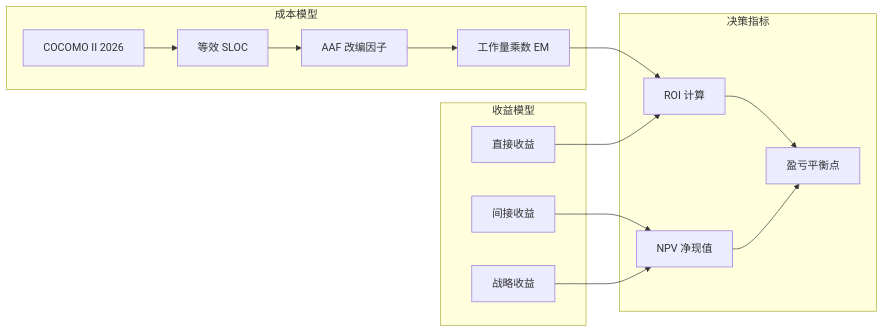
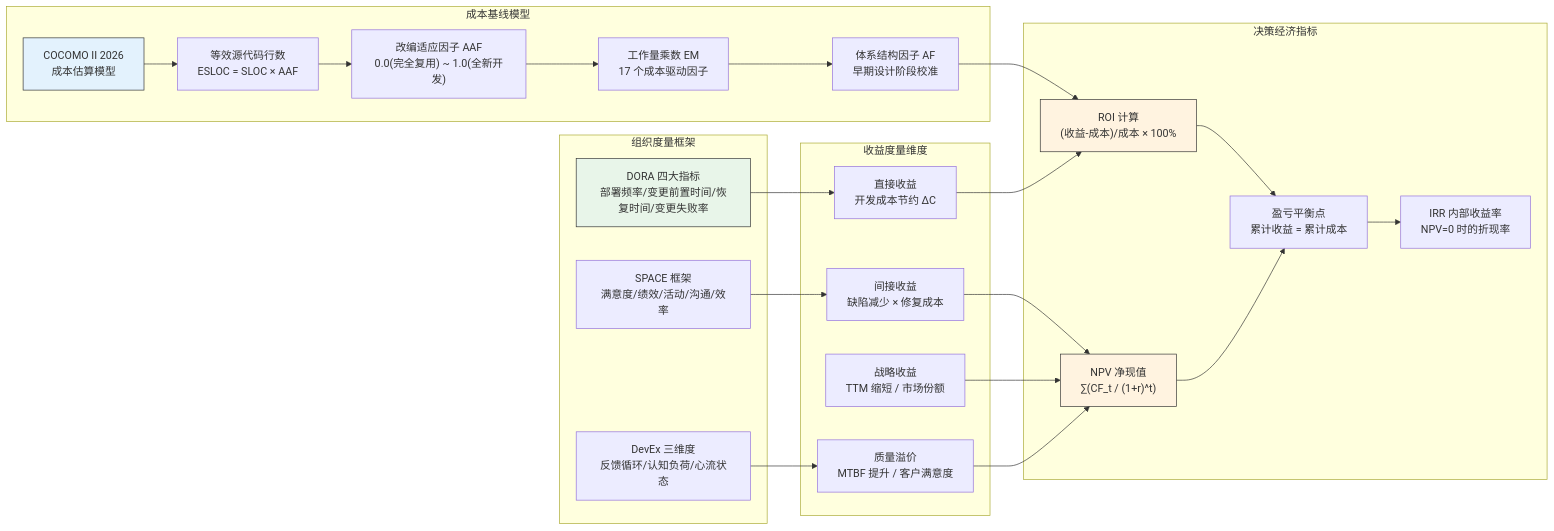
One commit to AdaMartin18010/Architecture changed the diagram in struct/99-reference/visualizations/09-value-quantification.mmd. Above: the diagram before and after it, drawn with Mermaid. The commit also changed 45 other files, not shown here.

```diff
--- a/struct/99-reference/visualizations/09-value-quantification.mmd
+++ b/struct/99-reference/visualizations/09-value-quantification.mmd
@@ -1,29 +1,50 @@
+%% 版本: 2026-06-10 | 状态: B3 完成 | 主题: 09 价值量化与计量经济学
 flowchart LR
-    subgraph 成本模型
-        COCOMO["COCOMO II 2026"]
-        ESLOC["等效 SLOC"]
-        AAF["AAF 改编因子"]
-        EM["工作量乘数 EM"]
+    subgraph "成本基线模型"
+        COCOMO["COCOMO II 2026<br/>成本估算模型"]
+        ESLOC["等效源代码行数<br/>ESLOC = SLOC × AAF"]
+        AAF["改编适应因子 AAF<br/>0.0(完全复用) ~ 1.0(全新开发)"]
+        EM["工作量乘数 EM<br/>17 个成本驱动因子"]
+        AF["体系结构因子 AF<br/>早期设计阶段校准"]
     end
 
-    subgraph 收益模型
-        DIRECT["直接收益"]
-        INDIRECT["间接收益"]
-        STRATEGIC["战略收益"]
+    subgraph "收益度量维度"
+        DIRECT["直接收益<br/>开发成本节约 ΔC"]
+        INDIRECT["间接收益<br/>缺陷减少 × 修复成本"]
+        STRATEGIC["战略收益<br/>TTM 缩短 / 市场份额"]
+        QUALITY["质量溢价<br/>MTBF 提升 / 客户满意度"]
     end
 
-    subgraph 决策指标
-        ROI["ROI 计算"]
-        NPV["NPV 净现值"]
-        BEP["盈亏平衡点"]
+    subgraph "决策经济指标"
+        ROI["ROI 计算<br/>(收益-成本)/成本 × 100%"]
+        NPV["NPV 净现值<br/>∑(CF_t / (1+r)^t)"]
+        BEP["盈亏平衡点<br/>累计收益 = 累计成本"]
+        IRR["IRR 内部收益率<br/>NPV=0 时的折现率"]
+    end
+
+    subgraph "组织度量框架"
+        DORA["DORA 四大指标<br/>部署频率/变更前置时间/恢复时间/变更失败率"]
+        SPACE["SPACE 框架<br/>满意度/绩效/活动/沟通/效率"]
+        DEVEX["DevEx 三维度<br/>反馈循环/认知负荷/心流状态"]
     end
 
     COCOMO --> ESLOC
     ESLOC --> AAF
     AAF --> EM
-    EM --> ROI
+    EM --> AF
+    AF --> ROI
     DIRECT --> ROI
     INDIRECT --> NPV
     STRATEGIC --> NPV
+    QUALITY --> NPV
     ROI --> BEP
     NPV --> BEP
+    BEP --> IRR
+    DORA --> DIRECT
+    SPACE --> INDIRECT
+    DEVEX --> QUALITY
+
+    style COCOMO fill:#e3f2fd,stroke:#333
+    style ROI fill:#fff3e0,stroke:#333
+    style NPV fill:#fff3e0,stroke:#333
+    style DORA fill:#e8f5e9,stroke:#333
```
